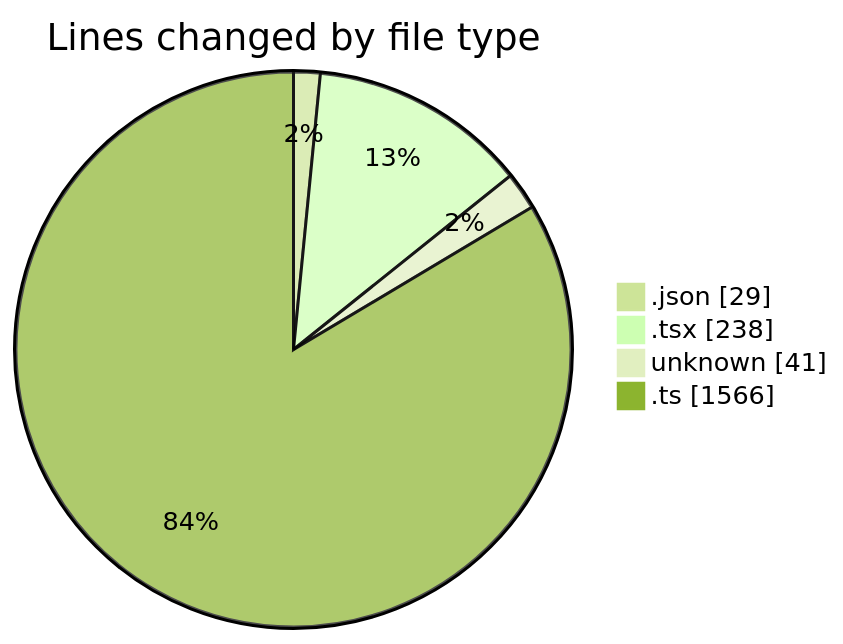
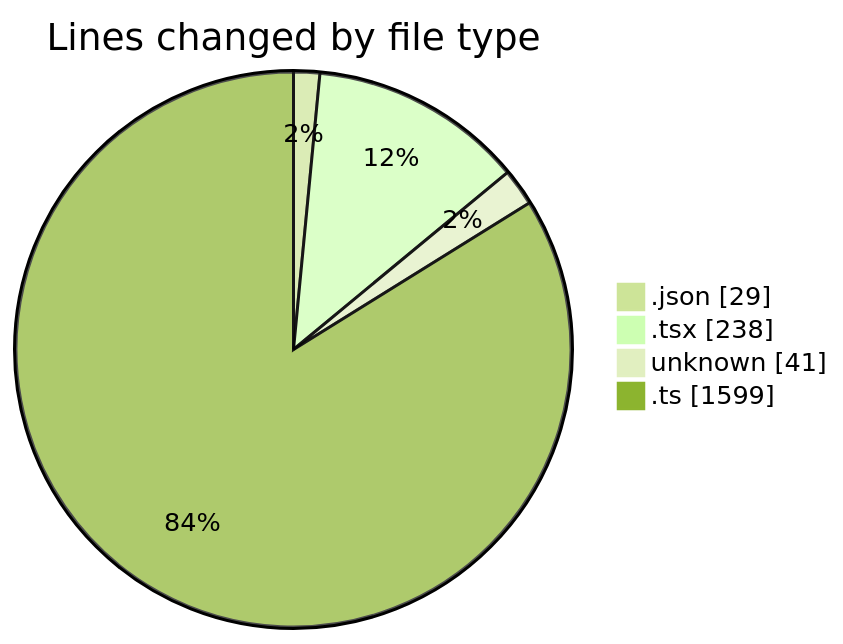
One commit to momahboobian/code-tracking changed the first of 2 diagrams in 2025-06-09/cda/README.md. Above: the diagram before and after it, drawn with Mermaid (forest theme). The commit also changed other lines of this file and 1 other file, not shown here.

````diff
--- a/2025-06-09/cda/README.md
+++ b/2025-06-09/cda/README.md
@@ -25,8 +25,8 @@
 ```mermaid
 pie showData
 title Lines changed by file type
 ".json" : 29
 ".tsx" : 238
 "unknown" : 41
-".ts" : 1566
+".ts" : 1599
 ```
````
